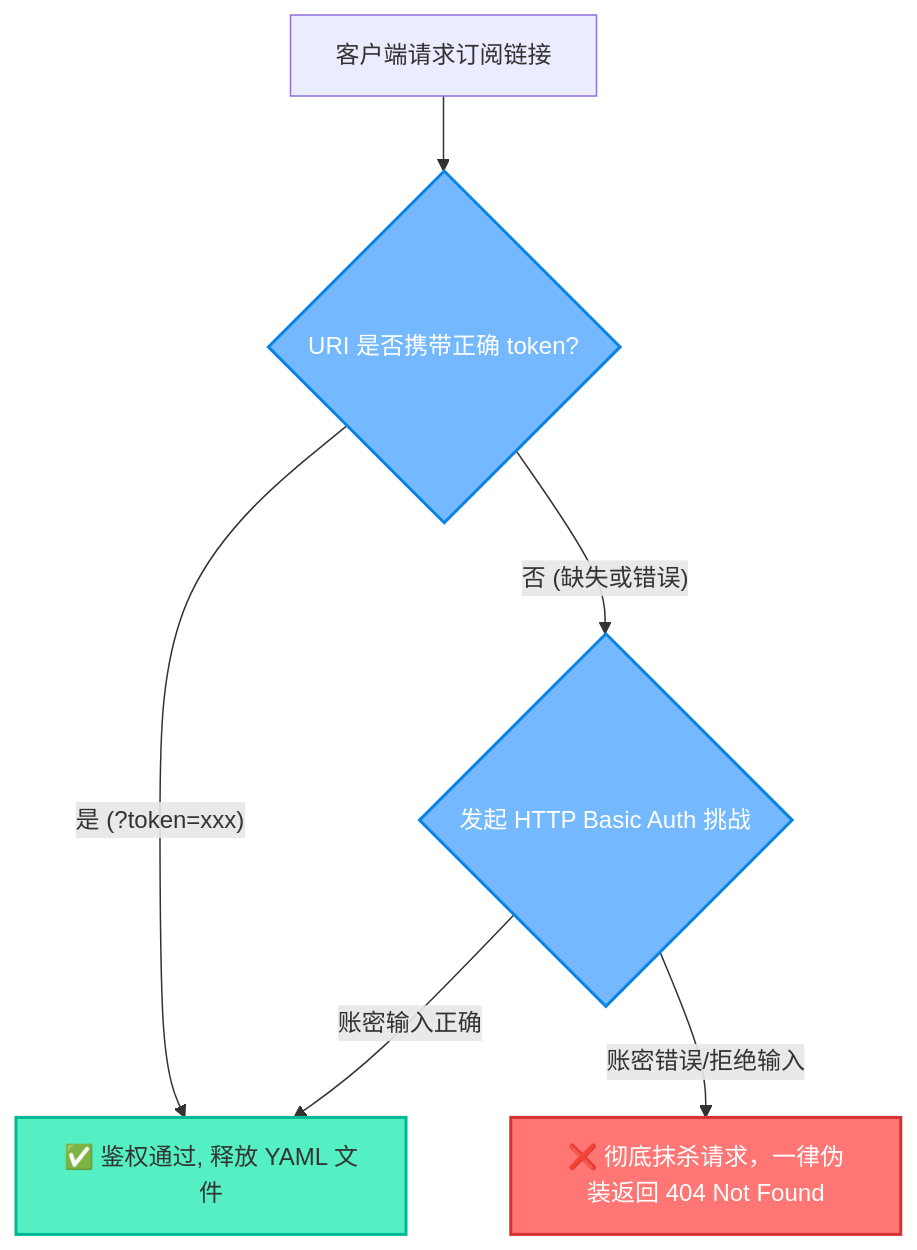
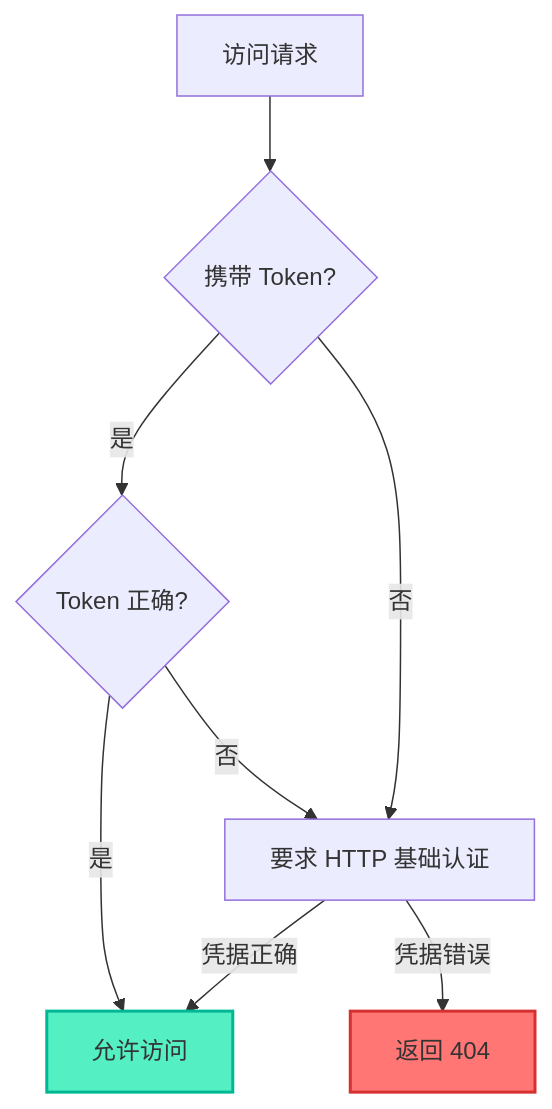
Before and after one commit to currycan/key: the first of 2 diagrams in docker/sb-xray/docs/04-ops-and-troubleshooting.md, drawn with Mermaid. The commit also changed other lines of this file and 16 other files, not shown here.

````diff
--- a/docker/sb-xray/docs/04-ops-and-troubleshooting.md
+++ b/docker/sb-xray/docs/04-ops-and-troubleshooting.md
@@ -32,14 +59,13 @@
 ```mermaid
 graph TD
-    classDef ok fill:#55efc4,stroke:#00b894,stroke-width:2px,color:#333;
-    classDef block fill:#ff7675,stroke:#d63031,stroke-width:2px,color:#fff;
-    classDef check fill:#74b9ff,stroke:#0984e3,stroke-width:2px,color:#fff;
+    A["访问请求"] --> B{"携带 Token?"}
+    B -- "是" --> C{"Token 正确?"}
+    C -- "是" --> D["允许访问"]
+    C -- "否" --> E["要求 HTTP 基础认证"]
+    B -- "否" --> E
+    E -- "凭据正确" --> D
+    E -- "凭据错误" --> F["返回 404"]
 
-    A[客户端请求订阅链接] --> B{URI 是否携带正确 token?}:::check
-    B -- "是 (?token=xxx)" --> D["✅ 鉴权通过, 释放 YAML 文件"]:::ok
-    
-    B -- "否 (缺失或错误)" --> C{发起 HTTP Basic Auth 挑战}:::check
-    C -- "账密输入正确" --> D
-    
-    C -- "账密错误/拒绝输入" --> F["❌ 彻底抹杀请求，一律伪装返回 404 Not Found"]:::block
+    style D fill:#55efc4,stroke:#00b894,stroke-width:2px
+    style F fill:#ff7675,stroke:#d63031,stroke-width:2px
 ```
````
